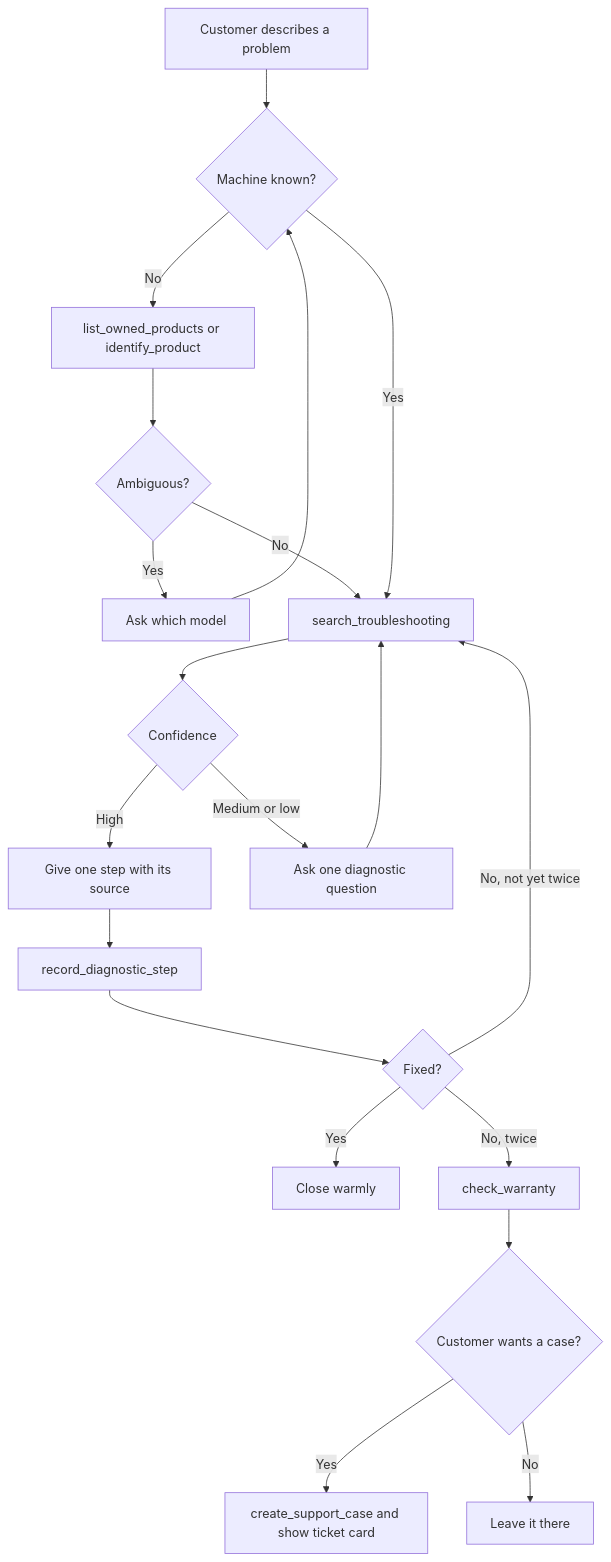
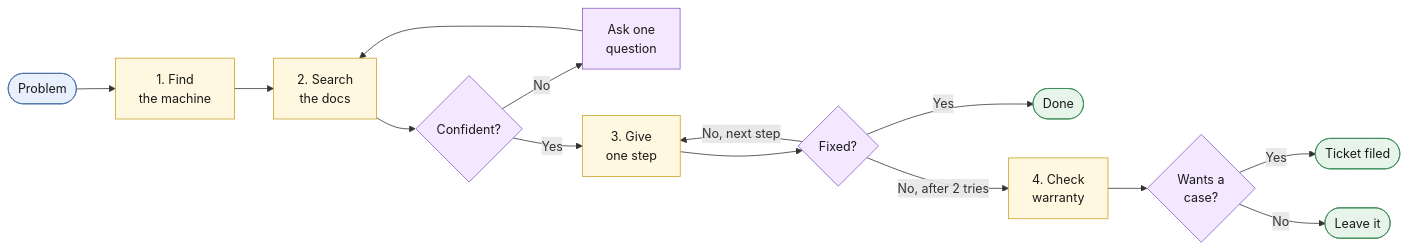
One commit to VarshaSathiskumar/ResolveAI changed the third of 5 diagrams in README.md. Above: the diagram before and after it, drawn with Mermaid.

Commit message:
Make agent flow diagram in README horizontal and concise

````diff
--- a/README.md
+++ b/README.md
@@ -99,22 +99,25 @@
 ```mermaid
-flowchart TD
-    A["Customer describes a problem"] --> B{"Machine known?"}
-    B -->|"No"| C["list_owned_products or identify_product"]
-    C --> D{"Ambiguous?"}
-    D -->|"Yes"| E["Ask which model"]
-    E --> B
-    D -->|"No"| F
-    B -->|"Yes"| F["search_troubleshooting"]
-    F --> G{"Confidence"}
-    G -->|"High"| H["Give one step with its source"]
-    G -->|"Medium or low"| I["Ask one diagnostic question"]
-    I --> F
-    H --> J["record_diagnostic_step"]
-    J --> K{"Fixed?"}
-    K -->|"Yes"| L["Close warmly"]
-    K -->|"No, twice"| M["check_warranty"]
-    K -->|"No, not yet twice"| F
-    M --> N{"Customer wants a case?"}
-    N -->|"Yes"| O["create_support_case and show ticket card"]
-    N -->|"No"| P["Leave it there"]
+flowchart LR
+    A(["Problem"]) --> B["1. Find<br/>the machine"]
+    B --> C["2. Search<br/>the docs"]
+    C --> D{"Confident?"}
+    D -->|"No"| E["Ask one<br/>question"]
+    E --> C
+    D -->|"Yes"| F["3. Give<br/>one step"]
+    F --> G{"Fixed?"}
+    G -->|"Yes"| H(["Done"])
+    G -->|"No, next step"| F
+    G -->|"No, after 2 tries"| I["4. Check<br/>warranty"]
+    I --> J{"Wants a<br/>case?"}
+    J -->|"Yes"| K(["Ticket filed"])
+    J -->|"No"| L(["Leave it"])
+
+    classDef start fill:#e8f0fe,stroke:#4a6fa5,color:#1a1a1a
+    classDef step fill:#fff7e0,stroke:#c9a227,color:#1a1a1a
+    classDef ask fill:#f3e8ff,stroke:#8a5cc2,color:#1a1a1a
+    classDef end_ fill:#e6f4ea,stroke:#3d8b57,color:#1a1a1a
+    class A start
+    class B,C,F,I step
+    class D,E,G,J ask
+    class H,K,L end_
 ```
````
